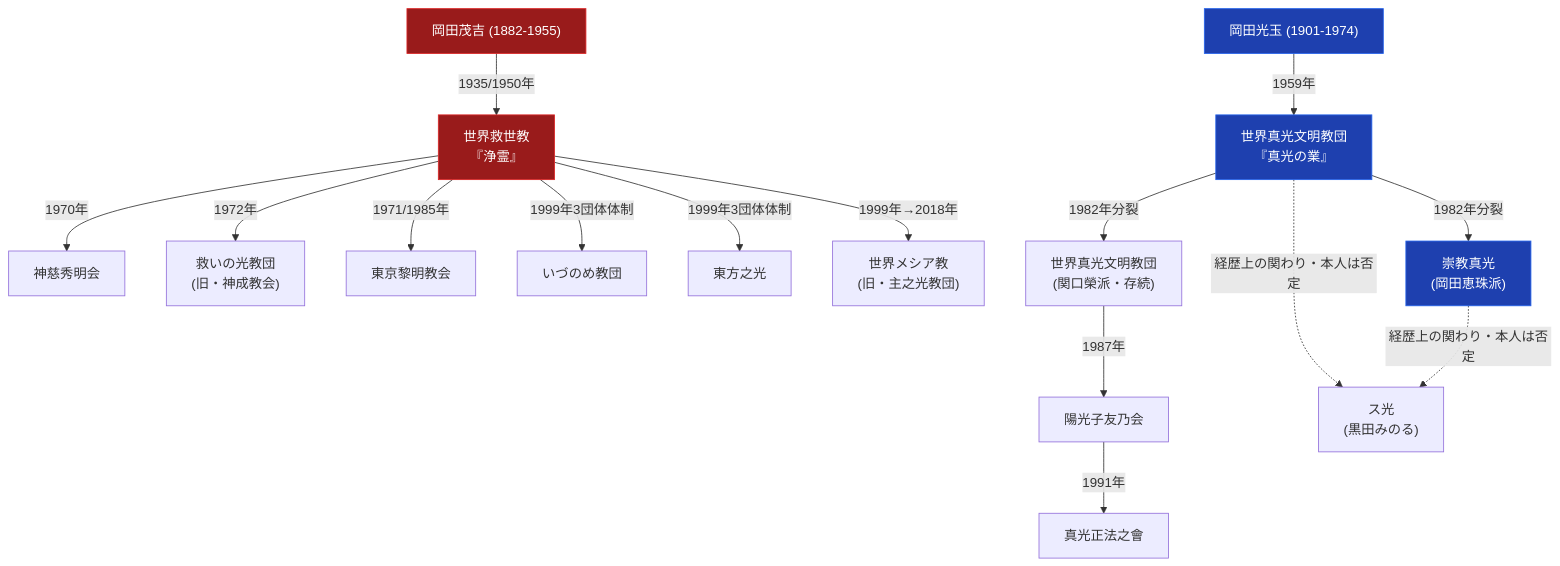
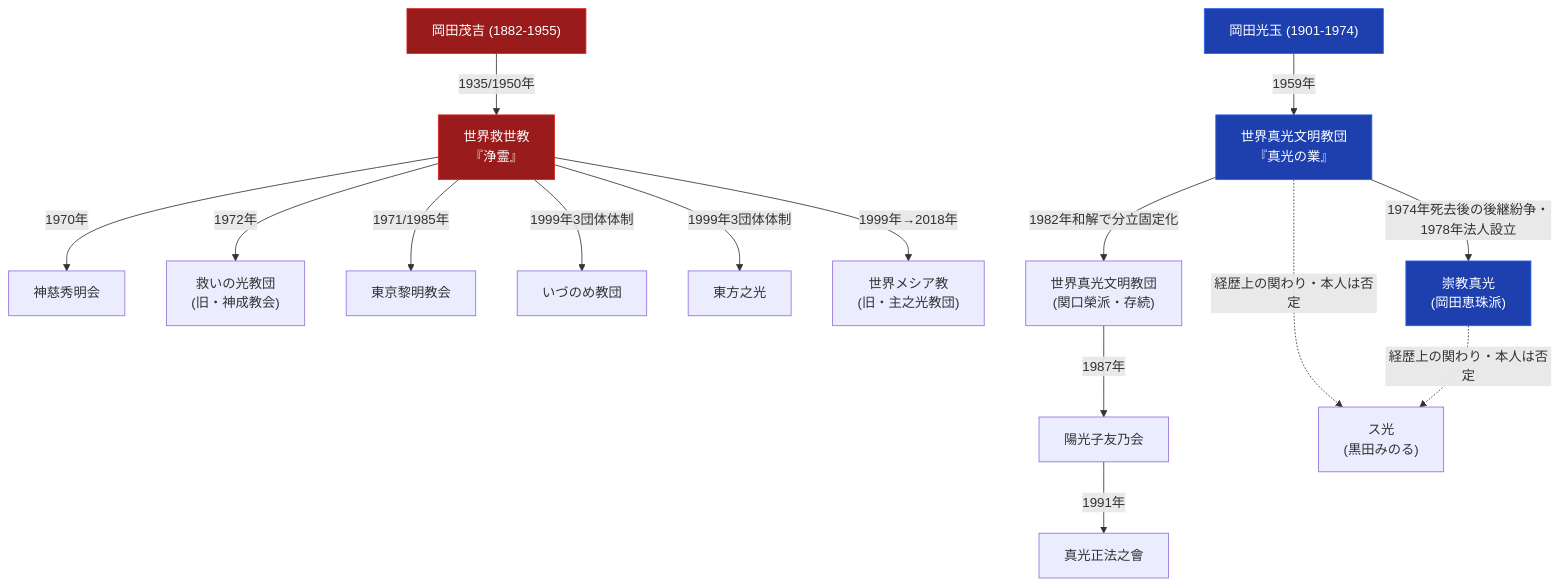
One commit to iida-masashi/religion-garden changed the diagram in content/01_宗派・異端研究/08_比較・史論・ハブ/手かざし系諸派の教義比較マトリクス.md. Above: the diagram before and after it, drawn with Mermaid. The commit also changed other lines of this file and 251 other files, not shown here.

````diff
--- a/content/01_宗派・異端研究/08_比較・史論・ハブ/手かざし系諸派の教義比較マトリクス.md
+++ b/content/01_宗派・異端研究/08_比較・史論・ハブ/手かざし系諸派の教義比較マトリクス.md
@@ -22,24 +22,24 @@
 ```mermaid
 graph TD
     OM["<div style='color:#ffffff;'>岡田茂吉 (1882-1955)</div>"] -->|1935/1950年| SK["<div style='color:#ffffff;'>世界救世教<br>『浄霊』</div>"]
     SK -->|1970年| JS["神慈秀明会"]
     SK -->|1972年| SH["救いの光教団<br>(旧・神成教会)"]
     SK -->|1971/1985年| TR["東京黎明教会"]
     SK -->|1999年3団体体制| IZ["いづのめ教団"]
     SK -->|1999年3団体体制| TH["東方之光"]
     SK -->|1999年→2018年| SM["世界メシア教<br>(旧・主之光教団)"]
 
     OK["<div style='color:#ffffff;'>岡田光玉 (1901-1974)</div>"] -->|1959年| SM2["<div style='color:#ffffff;'>世界真光文明教団<br>『真光の業』</div>"]
-    SM2 -->|1982年分裂| SM3["世界真光文明教団<br>(関口榮派・存続)"]
-    SM2 -->|1982年分裂| SG["<div style='color:#ffffff;'>崇教真光<br>(岡田恵珠派)</div>"]
+    SM2 -->|1974年死去後の後継紛争・1978年法人設立| SG["<div style='color:#ffffff;'>崇教真光<br>(岡田恵珠派)</div>"]
+    SM2 -->|1982年和解で分立固定化| SM3["世界真光文明教団<br>(関口榮派・存続)"]
     SM3 -->|1987年| YK["陽光子友乃会"]
     YK -->|1991年| MS["真光正法之會"]
     SM2 -.->|経歴上の関わり・本人は否定| SU["ス光<br>(黒田みのる)"]
     SG -.->|経歴上の関わり・本人は否定| SU
 
     style OM fill:#991b1b,stroke:#dc2626,color:#fff
     style OK fill:#1e40af,stroke:#2563eb,color:#fff
     style SK fill:#991b1b,stroke:#dc2626,color:#fff
     style SM2 fill:#1e40af,stroke:#2563eb,color:#fff
     style SG fill:#1e40af,stroke:#2563eb,color:#fff
 ```
````
